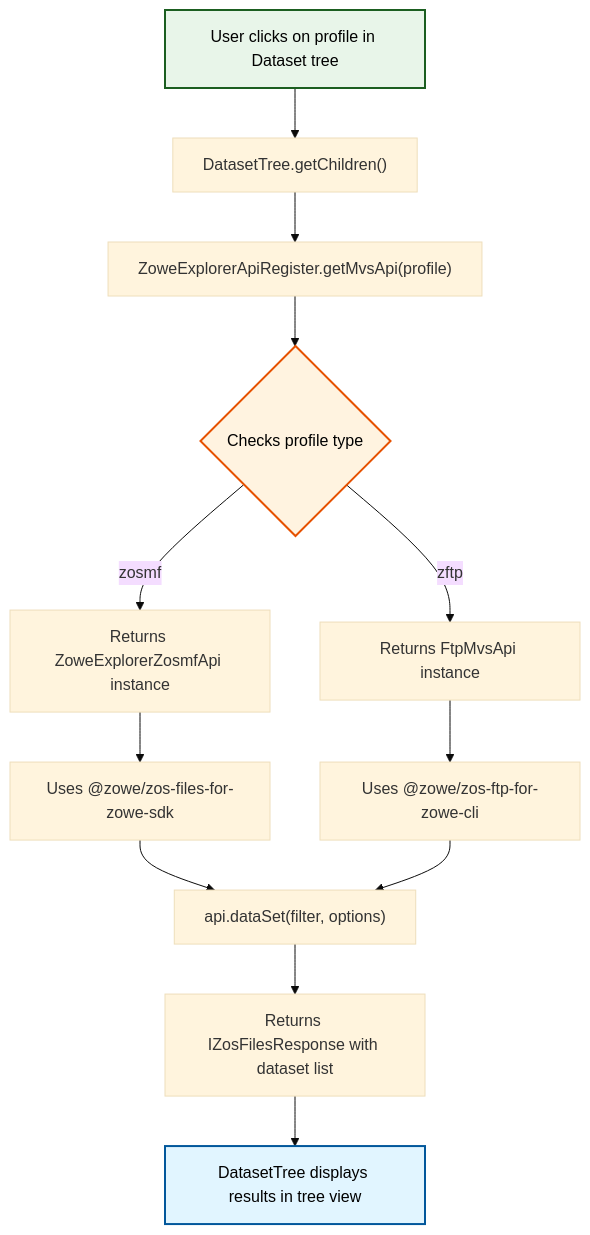
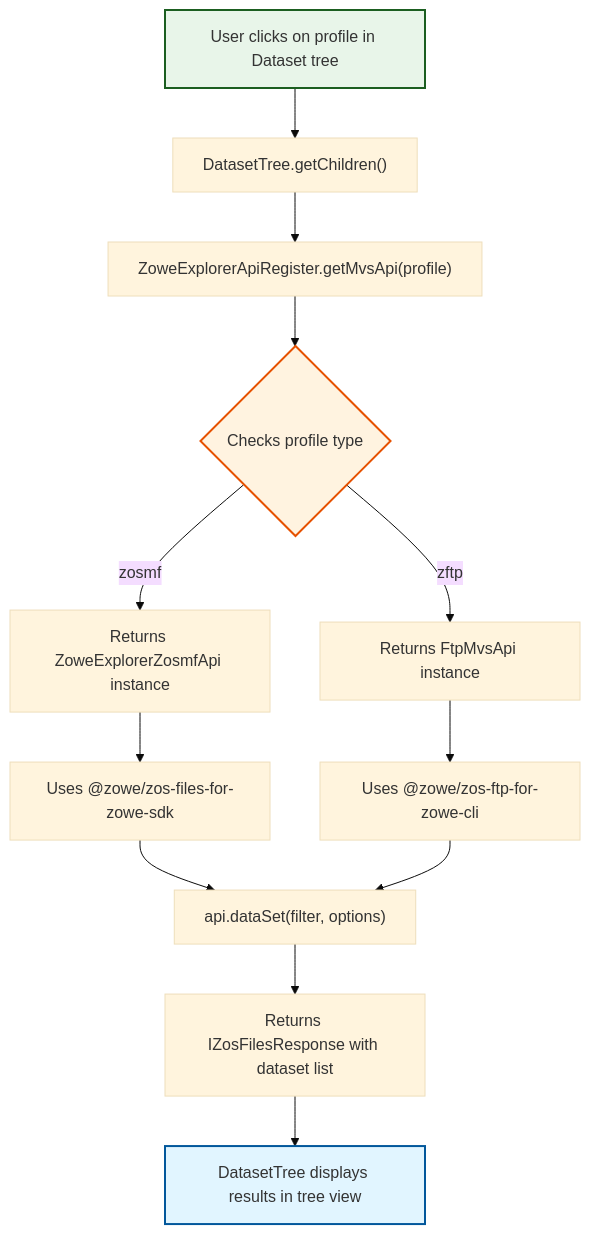
Before and after one commit to zowe/zowe-explorer-vscode: the third of 5 diagrams in docs/ARCHITECTURE.md, drawn with Mermaid (base theme). The commit also changed other lines of this file, not shown here.

````diff
--- a/docs/ARCHITECTURE.md
+++ b/docs/ARCHITECTURE.md
@@ -252,22 +252,22 @@
 ```mermaid
 flowchart TD
     Click["User clicks on profile in Dataset tree"] --> GetChildren["DatasetTree.getChildren()"]
     GetChildren --> GetAPI["ZoweExplorerApiRegister.getMvsApi(profile)"]
     GetAPI --> CheckType{"Checks profile type"}
 
     CheckType -->|"zosmf"| ZosmfAPI["Returns ZoweExplorerZosmfApi instance"]
     ZosmfAPI --> ZosmfSDK["Uses @zowe/zos-files-for-zowe-sdk"]
 
     CheckType -->|"zftp"| FtpAPI["Returns FtpMvsApi instance"]
     FtpAPI --> FtpCLI["Uses @zowe/zos-ftp-for-zowe-cli"]
 
     ZosmfSDK --> CallAPI["api.dataSet(filter, options)"]
     FtpCLI --> CallAPI
 
     CallAPI --> Response["Returns IZosFilesResponse with dataset list"]
     Response --> Display["DatasetTree displays results in tree view"]
 
-    style Click fill:#e8f5e9,stroke:#1b5e20,stroke-width:2px,color:#000
-    style CheckType fill:#fff3e0,stroke:#e65100,stroke-width:2px,color:#000
-    style Display fill:#e1f5ff,stroke:#01579b,stroke-width:2px,color:#000
+    style Click fill:#e8f5e9,stroke:#1b5e20,stroke-width:2px
+    style CheckType fill:#fff3e0,stroke:#e65100,stroke-width:2px
+    style Display fill:#e1f5ff,stroke:#01579b,stroke-width:2px
 ```
````
